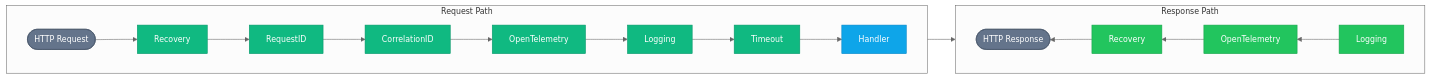
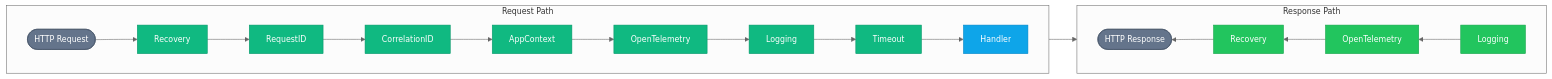
One commit to jsamuelsen11/go-service-template-v2 changed the sixth of 8 diagrams in docs/ARCHITECTURE.md. Above: the diagram before and after it, drawn with Mermaid. The commit also changed other lines of this file and 1 other file, not shown here.

First line of the commit message:
docs: update architecture docs for appctx middleware

````diff
--- a/docs/ARCHITECTURE.md
+++ b/docs/ARCHITECTURE.md
@@ -1208,36 +1234,37 @@
 ```mermaid
 %%{init: {'theme': 'neutral', 'themeVariables': { 'fontSize': '14px' }}}%%
 flowchart LR
     subgraph Request["Request Path"]
         direction LR
         REQ(["HTTP Request"])
         M1["Recovery"]
         M2["RequestID"]
         M3["CorrelationID"]
-        M4["OpenTelemetry"]
-        M5["Logging"]
-        M6["Timeout"]
+        M4["AppContext"]
+        M5["OpenTelemetry"]
+        M6["Logging"]
+        M7["Timeout"]
         H["Handler"]
     end
 
     subgraph Response["Response Path"]
         direction RL
         RES(["HTTP Response"])
         R1["Recovery"]
-        R4["OpenTelemetry"]
-        R5["Logging"]
+        R5["OpenTelemetry"]
+        R6["Logging"]
     end
 
-    REQ --> M1 --> M2 --> M3 --> M4 --> M5 --> M6 --> H
-    H --> R5 --> R4 --> R1 --> RES
+    REQ --> M1 --> M2 --> M3 --> M4 --> M5 --> M6 --> M7 --> H
+    H --> R6 --> R5 --> R1 --> RES
 
     classDef middleware fill:#10b981,stroke:#059669,color:#fff
     classDef handler fill:#0ea5e9,stroke:#0284c7,color:#fff
     classDef io fill:#64748b,stroke:#475569,color:#fff
     classDef responseMiddleware fill:#22c55e,stroke:#16a34a,color:#fff
 
-    class M1,M2,M3,M4,M5,M6 middleware
-    class R1,R4,R5 responseMiddleware
+    class M1,M2,M3,M4,M5,M6,M7 middleware
+    class R1,R5,R6 responseMiddleware
     class H handler
     class REQ,RES io
 ```
````
